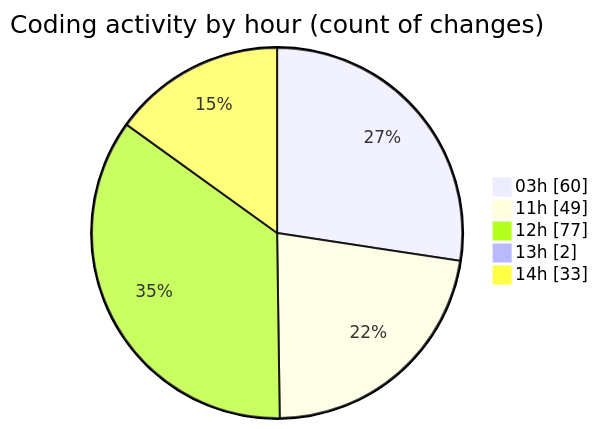
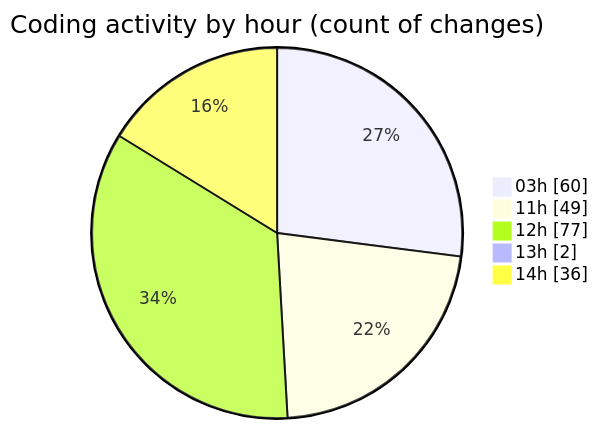
One commit to Ritupan-Deka/code-tracking changed the second of 2 diagrams in 2025-07-02/mern-thinkboard/README.md. Above: the diagram before and after it, drawn with Mermaid. The commit also changed other lines of this file and 1 other file, not shown here.

````diff
--- a/2025-07-02/mern-thinkboard/README.md
+++ b/2025-07-02/mern-thinkboard/README.md
@@ -38,9 +38,9 @@
 ```mermaid
 pie showData
 title Coding activity by hour (count of changes)
 "03h" : 60
 "11h" : 49
 "12h" : 77
 "13h" : 2
-"14h" : 33
+"14h" : 36
 ```
````
